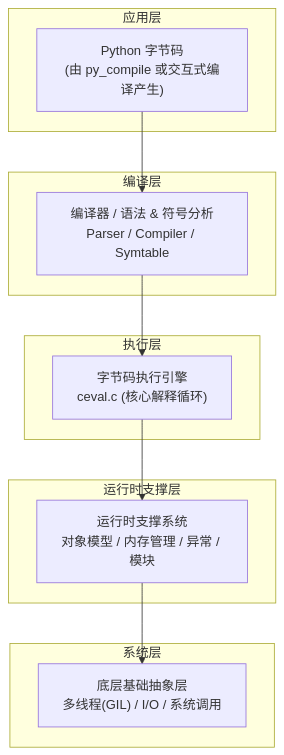
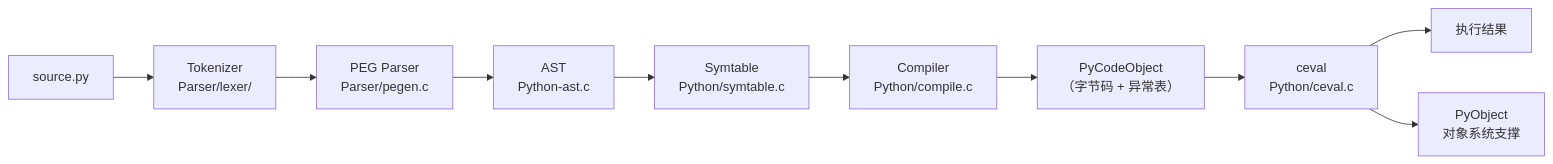
The diagram in docs/ARCHITECTURE.rst (noisystreet/python_source_internal), drawn with Mermaid before and after one commit. The commit also changed other lines of this file and 6 other files, not shown here.

First line of the commit message:
feat: ARCHITECTURE 扩写 + CI 配置 + 补充专题（__slots__, super）

```diff
--- a/docs/ARCHITECTURE.rst
+++ b/docs/ARCHITECTURE.rst
@@ -24,23 +25,12 @@
 .. mermaid::
 
-   graph TD
-       subgraph 应用层
-           Bytecode["Python 字节码<br/>(由 py_compile 或交互式编译产生)"]
-       end
-       subgraph 编译层
-           Compiler["编译器 / 语法 & 符号分析<br/>Parser / Compiler / Symtable"]
-       end
-       subgraph 执行层
-           CEval["字节码执行引擎<br/>ceval.c (核心解释循环)"]
-       end
-       subgraph 运行时支撑层
-           Runtime["运行时支撑系统<br/>对象模型 / 内存管理 / 异常 / 模块"]
-       end
-       subgraph 系统层
-           Sys["底层基础抽象层<br/>多线程(GIL) / I/O / 系统调用"]
-       end
-
-       Bytecode --> Compiler
-       Compiler --> CEval
-       CEval --> Runtime
-       Runtime --> Sys
+    flowchart LR
+        py["source.py"] --> tokenizer["Tokenizer<br/>Parser/lexer/"]
+        tokenizer --> parser["PEG Parser<br/>Parser/pegen.c"]
+        parser --> ast["AST<br/>Python-ast.c"]
+        ast --> symtable["Symtable<br/>Python/symtable.c"]
+        symtable --> compiler["Compiler<br/>Python/compile.c"]
+        compiler --> bc["PyCodeObject<br/>（字节码 + 异常表）"]
+        bc --> ceval["ceval<br/>Python/ceval.c"]
+        ceval --> result["执行结果"]
+        ceval --> objects["PyObject<br/>对象系统支撑"]
```
